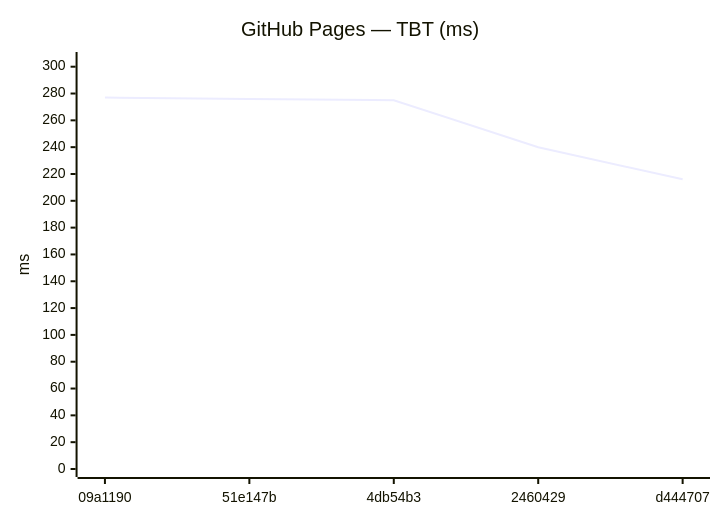
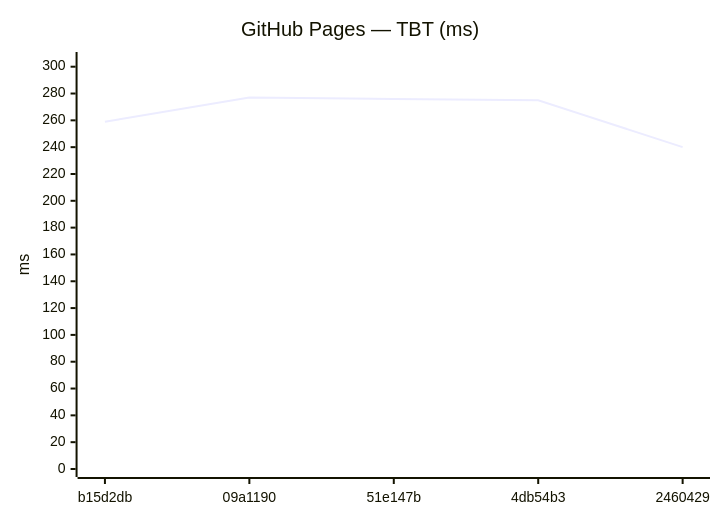
One commit to Metaheurist/Rianell changed the tenth of 18 diagrams in benchmarks/compare.md. Above: the diagram before and after it, drawn with Mermaid. The commit also changed other lines of this file and 11 other files, not shown here.

````diff
--- a/benchmarks/compare.md
+++ b/benchmarks/compare.md
@@ -149,7 +149,7 @@
 ```mermaid
 xychart-beta
     title "GitHub Pages — TBT (ms)"
-    x-axis ["09a1190", "51e147b", "4db54b3", "2460429", "d444707"]
+    x-axis ["b15d2db", "09a1190", "51e147b", "4db54b3", "2460429"]
     y-axis "ms" 0 --> 305
-    line [277, 276, 275, 240, 216]
+    line [259, 277, 276, 275, 240]
 ```
````
